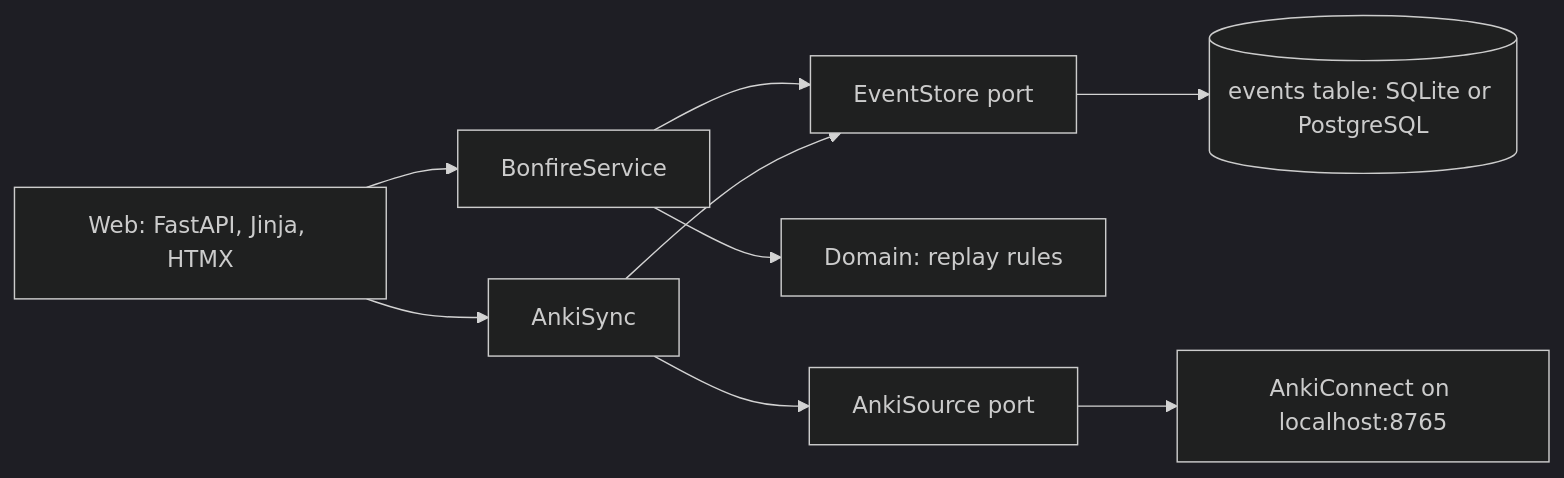
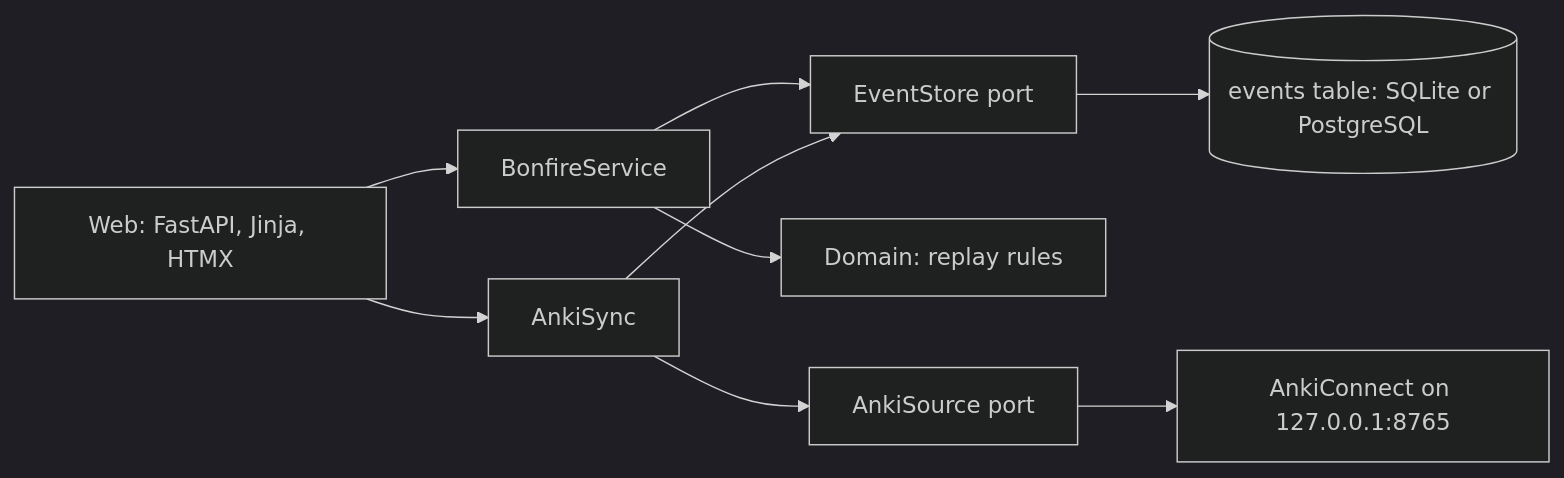
One commit to MBigaj/DontYouDareGoHollow changed the diagram in README.md. Above: the diagram before and after it, drawn with Mermaid (dark theme). The commit also changed other lines of this file and 10 other files, not shown here.

````diff
--- a/README.md
+++ b/README.md
@@ -64,11 +70,11 @@
 ```mermaid
 flowchart LR
   W[Web: FastAPI, Jinja, HTMX] --> S[BonfireService]
   W --> A[AnkiSync]
   A --> AP[AnkiSource port]
-  AP --> AC[AnkiConnect on localhost:8765]
+  AP --> AC[AnkiConnect on 127.0.0.1:8765]
   S --> D[Domain: replay rules]
   S --> P[EventStore port]
   A --> P
   P --> DB[(events table: SQLite or PostgreSQL)]
 ```
````
